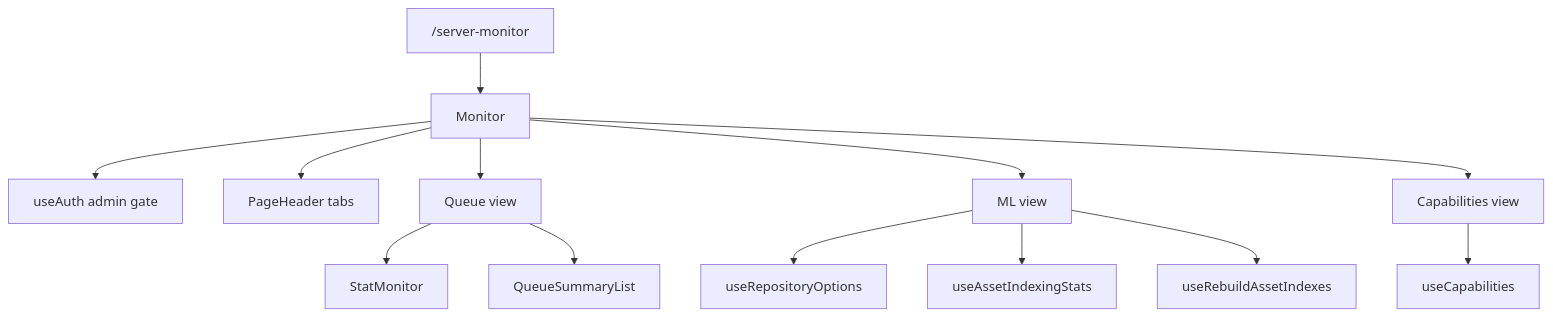
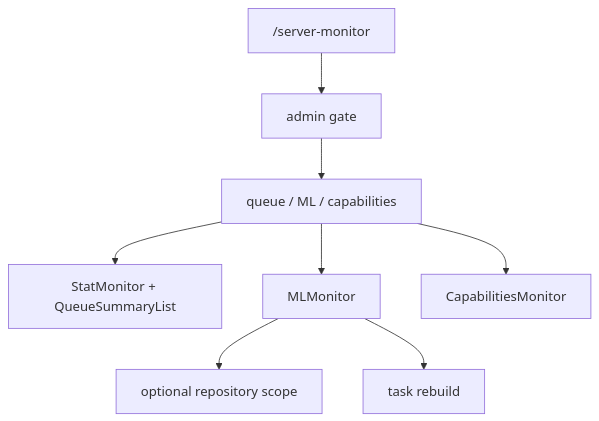
Before and after one commit to EdwinZhanCN/Lumilio-Photos: the diagram in web/src/features/monitor/doc.md, drawn with Mermaid. The commit also changed other lines of this file and 74 other files, not shown here.

````diff
--- a/web/src/features/monitor/doc.md
+++ b/web/src/features/monitor/doc.md
@@ -52,15 +21,10 @@
 ```mermaid
 flowchart TD
-    ROUTE["/server-monitor"] --> MON["Monitor"]
-    MON --> AUTH["useAuth admin gate"]
-    MON --> HEADER["PageHeader tabs"]
-    MON --> QUEUE["Queue view"]
-    MON --> ML["ML view"]
-    MON --> CAP["Capabilities view"]
-    QUEUE --> STATS["StatMonitor"]
-    QUEUE --> SUMMARY["QueueSummaryList"]
-    ML --> REPOS["useRepositoryOptions"]
-    ML --> INDEX["useAssetIndexingStats"]
-    ML --> REBUILD["useRebuildAssetIndexes"]
-    CAP --> CAPHOOK["useCapabilities"]
+    ROUTE["/server-monitor"] --> ADMIN["admin gate"]
+    ADMIN --> TABS["queue / ML / capabilities"]
+    TABS --> QUEUE["StatMonitor + QueueSummaryList"]
+    TABS --> ML["MLMonitor"]
+    TABS --> CAP["CapabilitiesMonitor"]
+    ML --> REPOSITORY["optional repository scope"]
+    ML --> REBUILD["task rebuild"]
 ```
````
